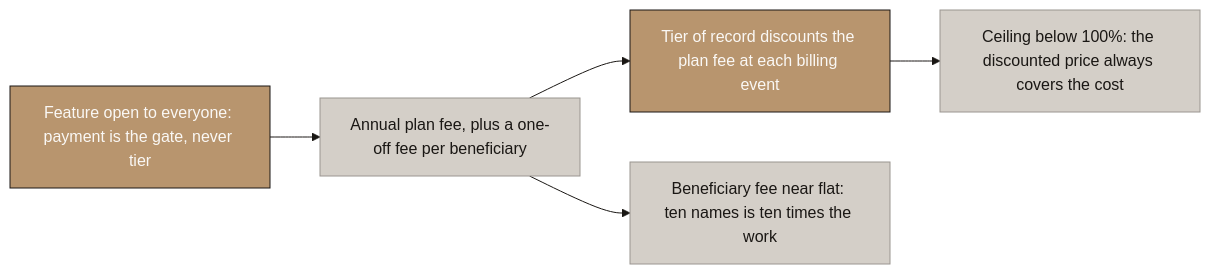
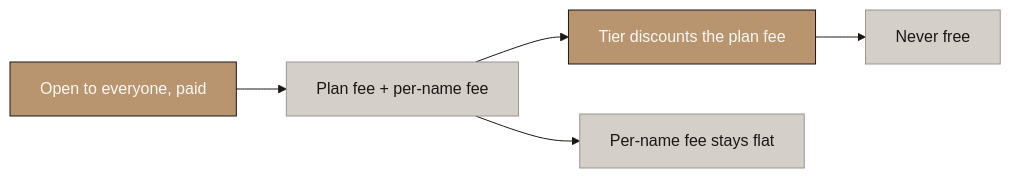
Before and after one commit to Abdsys/Aurumix: the sixth of 6 diagrams in deliverables/2-mechanism-design/Aurumix_Process_Maps_ICS_Benefits.md, drawn with Mermaid. The commit also changed other lines of this file, not shown here.

````diff
--- a/deliverables/2-mechanism-design/Aurumix_Process_Maps_ICS_Benefits.md
+++ b/deliverables/2-mechanism-design/Aurumix_Process_Maps_ICS_Benefits.md
@@ -273,25 +221,25 @@
 ```mermaid
 %%{init: {'theme': 'base', 'themeVariables': {
     'primaryColor': '#B8956E',
     'primaryTextColor': '#1A1714',
     'primaryBorderColor': '#1A1714',
     'lineColor': '#1A1714',
     'secondaryColor': '#FAF8F5',
     'tertiaryColor': '#D4CFC8',
     'fontFamily': 'Libre Franklin, sans-serif',
     'edgeLabelBackground': '#D4CFC8',
     'clusterBkg': '#FAF8F5',
     'clusterBorder': '#B8956E'
 }}}%%
 graph LR
-    A["Feature open to everyone: payment is the gate, never tier"] --> B["Annual plan fee, plus a one-off fee per beneficiary"]
-    B --> C["Tier of record discounts the plan fee at each billing event"]
-    C --> D["Ceiling below 100%: the discounted price always covers the cost"]
-    B --> E["Beneficiary fee near flat: ten names is ten times the work"]
+    A["Open to everyone, paid"] --> B["Plan fee + per-name fee"]
+    B --> C["Tier discounts the plan fee"]
+    C --> D["Never free"]
+    B --> E["Per-name fee stays flat"]
 
     style A fill:#B8956E,stroke:#1A1714,color:#FAF8F5
     style B fill:#D4CFC8,stroke:#9A9590,color:#1A1714
     style C fill:#B8956E,stroke:#1A1714,color:#FAF8F5
     style D fill:#D4CFC8,stroke:#9A9590,color:#1A1714
     style E fill:#D4CFC8,stroke:#9A9590,color:#1A1714
 ```
````
